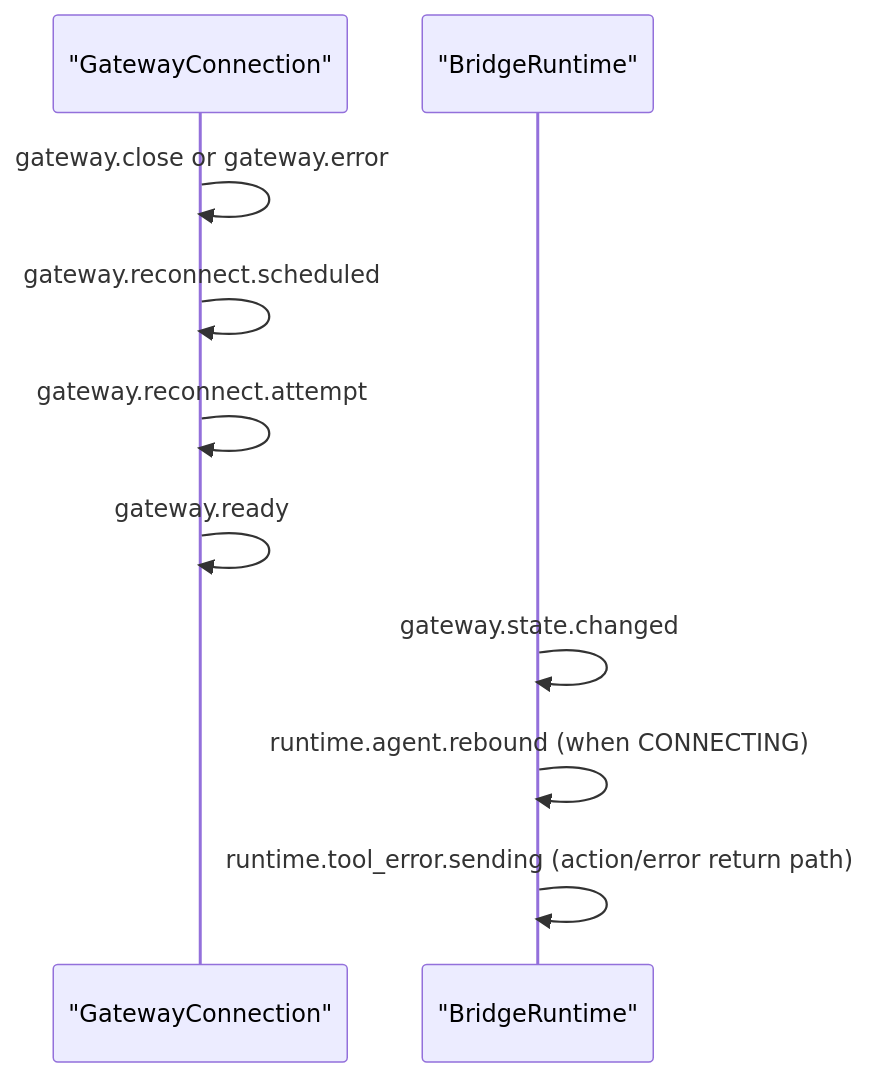
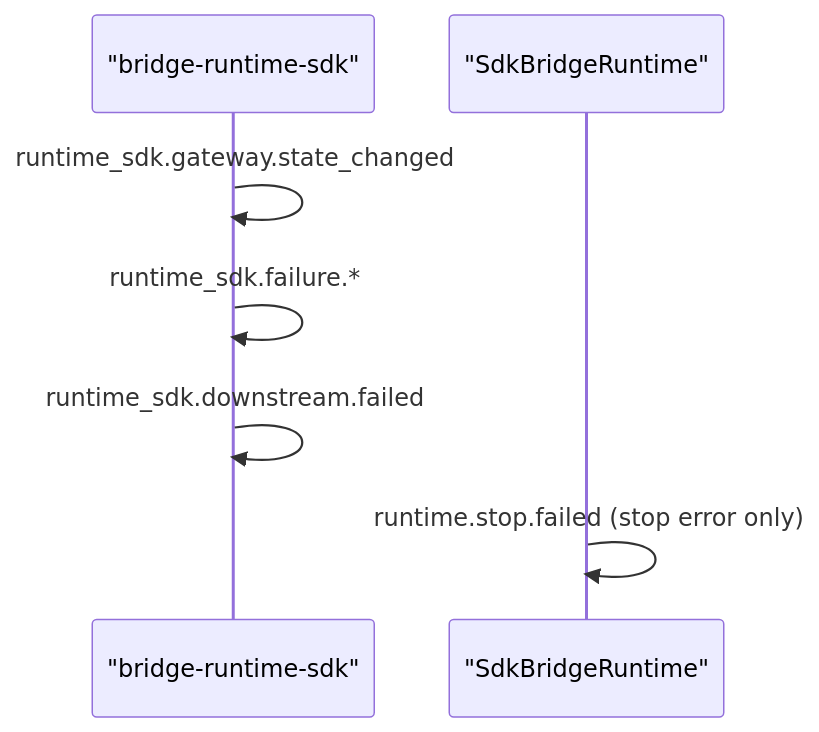
One commit to yuzhangCZ/agent-plugin changed the fourth of 4 diagrams in plugins/message-bridge/docs/operations/logging-reference.md. Above: the diagram before and after it, drawn with Mermaid. The commit also changed other lines of this file and 7 other files, not shown here.

Commit message:
docs: document sdk runtime cutover

````diff
--- a/plugins/message-bridge/docs/operations/logging-reference.md
+++ b/plugins/message-bridge/docs/operations/logging-reference.md
@@ -143,13 +137,10 @@
 ```mermaid
 sequenceDiagram
-  participant G as "GatewayConnection"
-  participant P as "BridgeRuntime"
+  participant S as "bridge-runtime-sdk"
+  participant P as "SdkBridgeRuntime"
 
-  G->>G: gateway.close or gateway.error
-  G->>G: gateway.reconnect.scheduled
-  G->>G: gateway.reconnect.attempt
-  G->>G: gateway.ready
-  P->>P: gateway.state.changed
-  P->>P: runtime.agent.rebound (when CONNECTING)
-  P->>P: runtime.tool_error.sending (action/error return path)
+  S->>S: runtime_sdk.gateway.state_changed
+  S->>S: runtime_sdk.failure.*
+  S->>S: runtime_sdk.downstream.failed
+  P->>P: runtime.stop.failed (stop error only)
 ```
````
